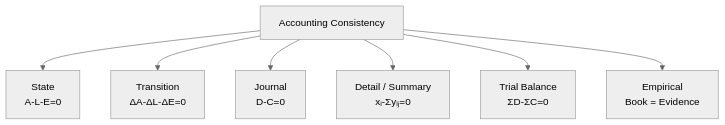
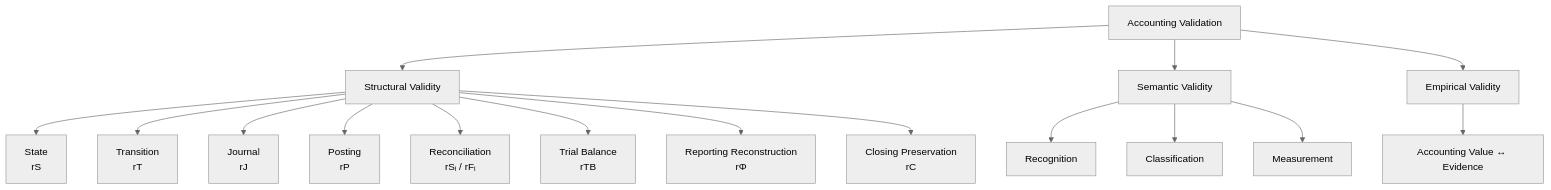
One commit to niikei/accounting-state-model changed the fourth of 6 diagrams in theory/09-validation.md. Above: the diagram before and after it, drawn with Mermaid (neutral theme). The commit also changed other lines of this file and 2 other files, not shown here.

````diff
--- a/theory/09-validation.md
+++ b/theory/09-validation.md
@@ -171,17 +1321,27 @@
 ```mermaid
 flowchart TD
-    C["Accounting Consistency"]
-    BS["State<br/>A-L-E=0"]
-    TX["Transition<br/>ΔA-ΔL-ΔE=0"]
-    JE["Journal<br/>D-C=0"]
-    SUB["Detail / Summary<br/>xᵢ-Σyᵢⱼ=0"]
-    TB["Trial Balance<br/>ΣD-ΣC=0"]
-    EMP["Empirical<br/>Book = Evidence"]
+    V["Accounting Validation"]
 
-    C --> BS
-    C --> TX
-    C --> JE
-    C --> SUB
-    C --> TB
-    C --> EMP
+    STRUCT["Structural Validity"]
+    SEM["Semantic Validity"]
+    EMP["Empirical Validity"]
+
+    V --> STRUCT
+    V --> SEM
+    V --> EMP
+
+    STRUCT --> STATE["State<br/>rS"]
+    STRUCT --> TRANS["Transition<br/>rT"]
+    STRUCT --> JOURNAL["Journal<br/>rJ"]
+    STRUCT --> POST["Posting<br/>rP"]
+    STRUCT --> RECON["Reconciliation<br/>rSᵢ / rFᵢ"]
+    STRUCT --> TB["Trial Balance<br/>rTB"]
+    STRUCT --> REPORT["Reporting Reconstruction<br/>rΦ"]
+    STRUCT --> CLOSE["Closing Preservation<br/>rC"]
+
+    SEM --> RECOG["Recognition"]
+    SEM --> CLASS["Classification"]
+    SEM --> MEASURE["Measurement"]
+
+    EMP --> EVIDENCE["Accounting Value ↔ Evidence"]
 ```
````
